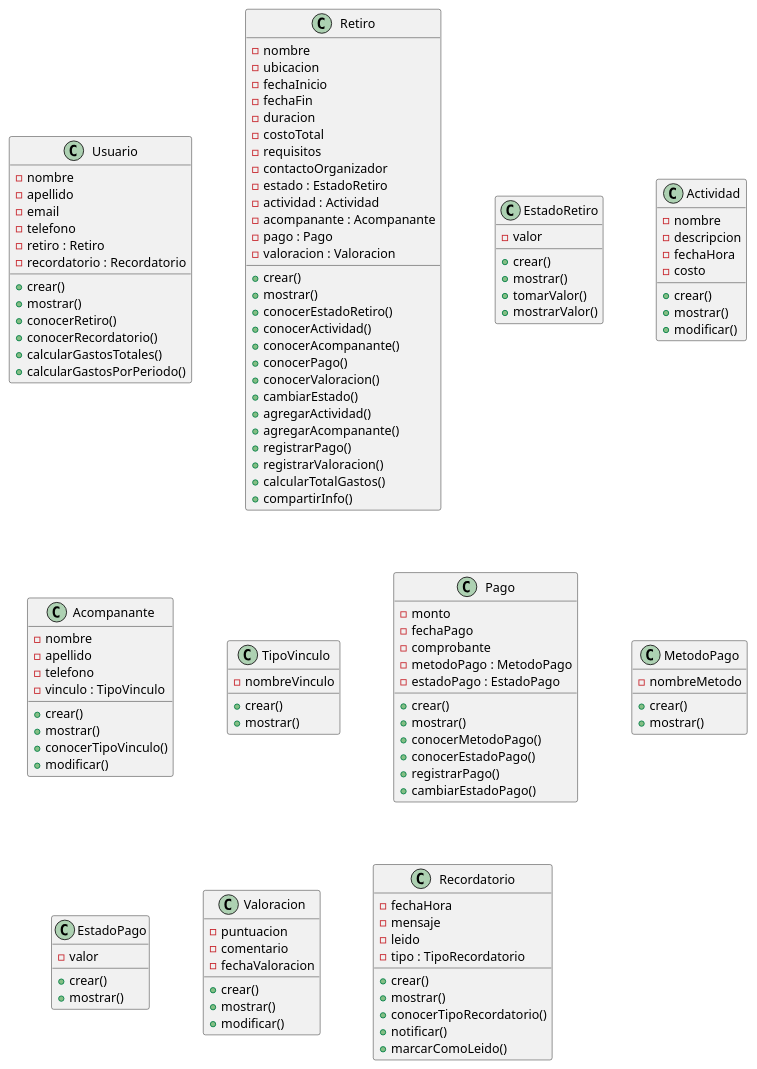
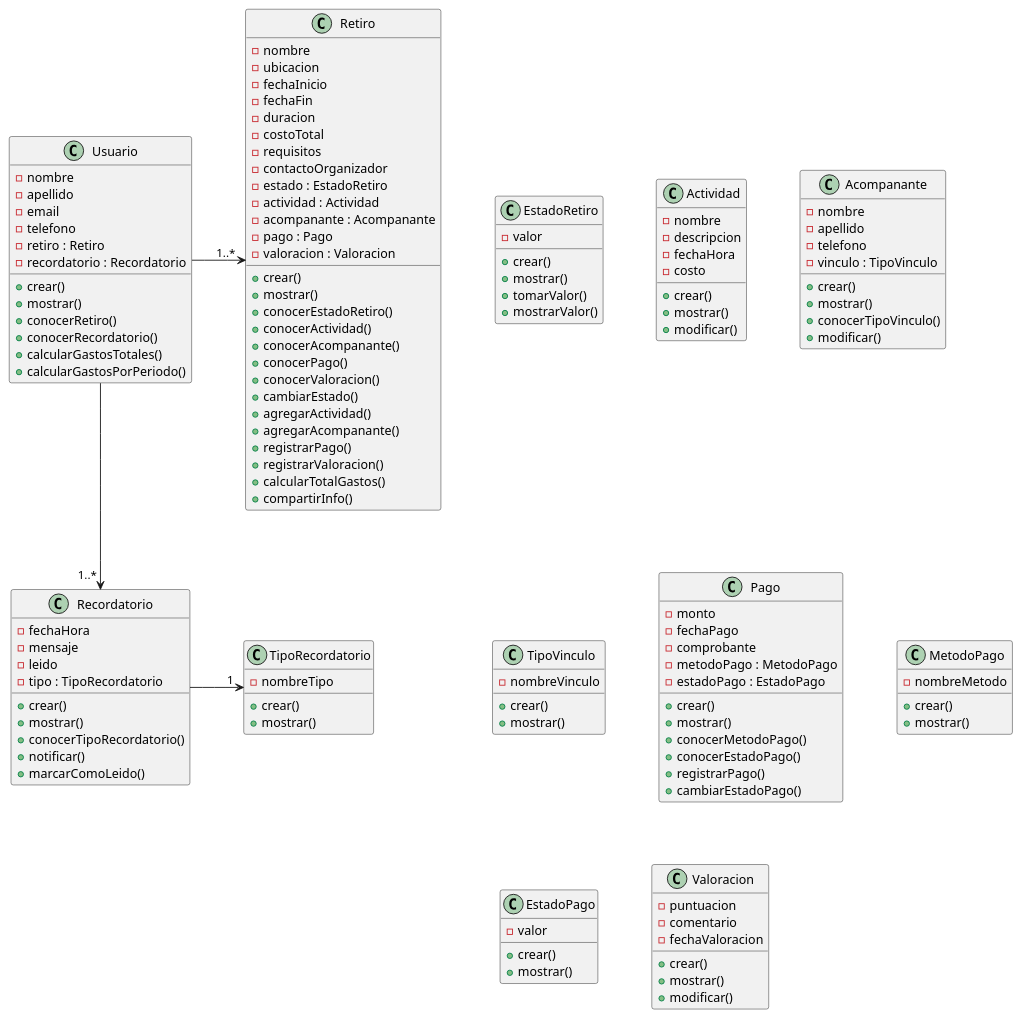
Before and after one commit to Luca-Tittarelli/tpi-asi: the diagram in retiro.puml, drawn with PlantUML.

Commit message:
Agregar clase TipoRecordatorio y relaciones de Usuario y Recordatorio

```diff
--- a/retiro.puml
+++ b/retiro.puml
@@ -1,131 +1,144 @@
 @startuml Retiros
 
 skinparam linetype ortho
 skinparam nodesep 60
 skinparam ranksep 70
 
 class Usuario {
   - nombre
   - apellido
   - email
   - telefono
   - retiro : Retiro
   - recordatorio : Recordatorio
   + crear()
   + mostrar()
   + conocerRetiro()
   + conocerRecordatorio()
   + calcularGastosTotales()
   + calcularGastosPorPeriodo()
 }
 
 class Retiro {
   - nombre
   - ubicacion
   - fechaInicio
   - fechaFin
   - duracion
   - costoTotal
   - requisitos
   - contactoOrganizador
   - estado : EstadoRetiro
   - actividad : Actividad
   - acompanante : Acompanante
   - pago : Pago
   - valoracion : Valoracion
   + crear()
   + mostrar()
   + conocerEstadoRetiro()
   + conocerActividad()
   + conocerAcompanante()
   + conocerPago()
   + conocerValoracion()
   + cambiarEstado()
   + agregarActividad()
   + agregarAcompanante()
   + registrarPago()
   + registrarValoracion()
   + calcularTotalGastos()
   + compartirInfo()
 }
+
 class EstadoRetiro {
   - valor
   + crear()
   + mostrar()
   + tomarValor()
   + mostrarValor()
 }
 
 class Actividad {
   - nombre
   - descripcion
   - fechaHora
   - costo
   + crear()
   + mostrar()
   + modificar()
 }
 
 class Acompanante {
   - nombre
   - apellido
   - telefono
   - vinculo : TipoVinculo
   + crear()
   + mostrar()
   + conocerTipoVinculo()
   + modificar()
 }
 class TipoVinculo {
   - nombreVinculo
   + crear()
   + mostrar()
 }
 
 class Pago {
   - monto
   - fechaPago
   - comprobante
   - metodoPago : MetodoPago
   - estadoPago : EstadoPago
   + crear()
   + mostrar()
   + conocerMetodoPago()
   + conocerEstadoPago()
   + registrarPago()
   + cambiarEstadoPago()
 }
 
 class MetodoPago {
   - nombreMetodo
   + crear()
   + mostrar()
 }
 
 class EstadoPago {
   - valor
   + crear()
   + mostrar()
 }
 
 class Valoracion {
   - puntuacion
   - comentario
   - fechaValoracion
   + crear()
   + mostrar()
   + modificar()
 }
 
 class Recordatorio {
   - fechaHora
   - mensaje
   - leido
   - tipo : TipoRecordatorio
   + crear()
   + mostrar()
   + conocerTipoRecordatorio()
   + notificar()
   + marcarComoLeido()
 }
+class TipoRecordatorio {
+  - nombreTipo
+  + crear()
+  + mostrar()
+}
+
+' Relaciones desde Usuario
+Usuario -right-> " 1..* " Retiro
+Usuario -down-> " 1..* " Recordatorio
+
+' Relacion de Recordatorio
+Recordatorio -right-> " 1 " TipoRecordatorio
 @enduml
```
